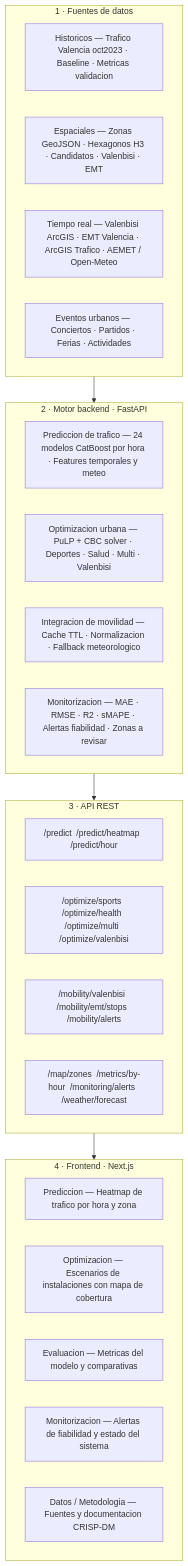
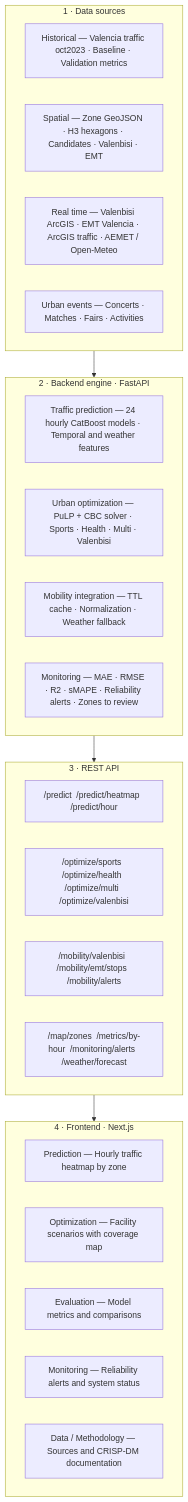
The second of 3 diagrams in README.md (cofrian/edm_project), drawn with Mermaid before and after one commit. The commit also changed other lines of this file and 2 other files, not shown here.

````diff
--- a/README.md
+++ b/README.md
@@ -93,33 +95,33 @@
 ```mermaid
 flowchart TD
-    subgraph FUENTES["1 · Fuentes de datos"]
-        F1["Historicos — Trafico Valencia oct2023 · Baseline · Metricas validacion"]
-        F2["Espaciales — Zonas GeoJSON · Hexagonos H3 · Candidatos · Valenbisi · EMT"]
-        F3["Tiempo real — Valenbisi ArcGIS · EMT Valencia · ArcGIS Trafico · AEMET / Open-Meteo"]
-        F4["Eventos urbanos — Conciertos · Partidos · Ferias · Actividades"]
+    subgraph SOURCES["1 · Data sources"]
+        F1["Historical — Valencia traffic oct2023 · Baseline · Validation metrics"]
+        F2["Spatial — Zone GeoJSON · H3 hexagons · Candidates · Valenbisi · EMT"]
+        F3["Real time — Valenbisi ArcGIS · EMT Valencia · ArcGIS traffic · AEMET / Open-Meteo"]
+        F4["Urban events — Concerts · Matches · Fairs · Activities"]
     end
 
-    subgraph BACKEND["2 · Motor backend · FastAPI"]
-        B1["Prediccion de trafico — 24 modelos CatBoost por hora · Features temporales y meteo"]
-        B2["Optimizacion urbana — PuLP + CBC solver · Deportes · Salud · Multi · Valenbisi"]
-        B3["Integracion de movilidad — Cache TTL · Normalizacion · Fallback meteorologico"]
-        B4["Monitorizacion — MAE · RMSE · R2 · sMAPE · Alertas fiabilidad · Zonas a revisar"]
+    subgraph BACKEND["2 · Backend engine · FastAPI"]
+        B1["Traffic prediction — 24 hourly CatBoost models · Temporal and weather features"]
+        B2["Urban optimization — PuLP + CBC solver · Sports · Health · Multi · Valenbisi"]
+        B3["Mobility integration — TTL cache · Normalization · Weather fallback"]
+        B4["Monitoring — MAE · RMSE · R2 · sMAPE · Reliability alerts · Zones to review"]
     end
 
-    subgraph API["3 · API REST"]
+    subgraph API["3 · REST API"]
         A1["/predict  /predict/heatmap  /predict/hour"]
         A2["/optimize/sports  /optimize/health  /optimize/multi  /optimize/valenbisi"]
         A3["/mobility/valenbisi  /mobility/emt/stops  /mobility/alerts"]
         A4["/map/zones  /metrics/by-hour  /monitoring/alerts  /weather/forecast"]
     end
 
     subgraph FRONTEND["4 · Frontend · Next.js"]
-        W1["Prediccion — Heatmap de trafico por hora y zona"]
-        W2["Optimizacion — Escenarios de instalaciones con mapa de cobertura"]
-        W3["Evaluacion — Metricas del modelo y comparativas"]
-        W4["Monitorizacion — Alertas de fiabilidad y estado del sistema"]
-        W5["Datos / Metodologia — Fuentes y documentacion CRISP-DM"]
+        W1["Prediction — Hourly traffic heatmap by zone"]
+        W2["Optimization — Facility scenarios with coverage map"]
+        W3["Evaluation — Model metrics and comparisons"]
+        W4["Monitoring — Reliability alerts and system status"]
+        W5["Data / Methodology — Sources and CRISP-DM documentation"]
     end
 
-    FUENTES --> BACKEND --> API --> FRONTEND
+    SOURCES --> BACKEND --> API --> FRONTEND
 ```
````
